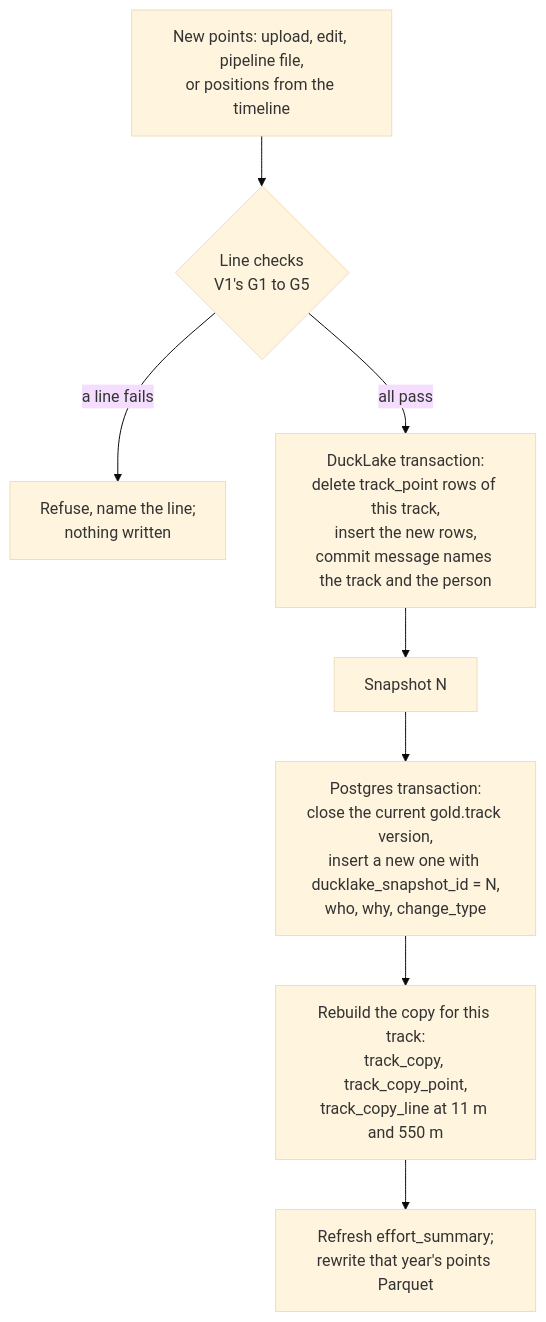
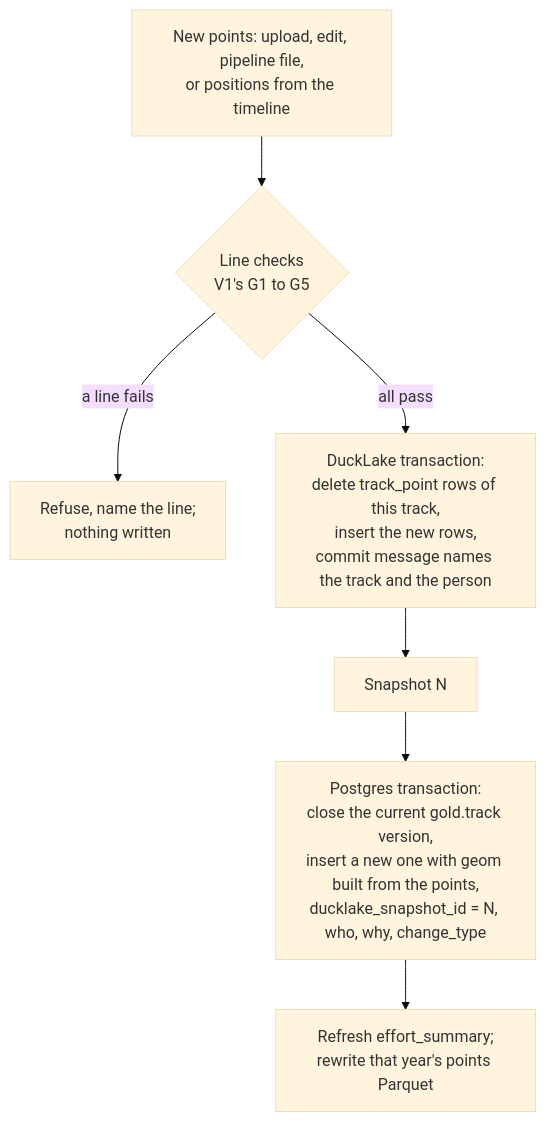
One commit to Boaxes/Cascadia-DB-V2 changed the first of 2 diagrams in docs/schema/ducklake.md. Above: the diagram before and after it, drawn with Mermaid (base theme). The commit also changed other lines of this file and 6 other files, not shown here.

Commit message:
Tracks: one MultiLineStringM row per track version; drop the three copy tables (Q-078)

````diff
--- a/docs/schema/ducklake.md
+++ b/docs/schema/ducklake.md
@@ -46,10 +69,9 @@
 ```mermaid
 flowchart TD
     A[New points: upload, edit, pipeline file,<br/>or positions from the timeline] --> B{Line checks<br/>V1's G1 to G5}
     B -- a line fails --> X[Refuse, name the line;<br/>nothing written]
     B -- all pass --> C[DuckLake transaction:<br/>delete track_point rows of this track,<br/>insert the new rows,<br/>commit message names the track and the person]
     C --> D[Snapshot N]
-    D --> E[Postgres transaction:<br/>close the current gold.track version,<br/>insert a new one with ducklake_snapshot_id = N,<br/>who, why, change_type]
-    E --> F[Rebuild the copy for this track:<br/>track_copy, track_copy_point,<br/>track_copy_line at 11 m and 550 m]
-    F --> G[Refresh effort_summary;<br/>rewrite that year's points Parquet]
+    D --> E[Postgres transaction:<br/>close the current gold.track version,<br/>insert a new one with geom built from the points,<br/>ducklake_snapshot_id = N, who, why, change_type]
+    E --> G[Refresh effort_summary;<br/>rewrite that year's points Parquet]
 ```
````
